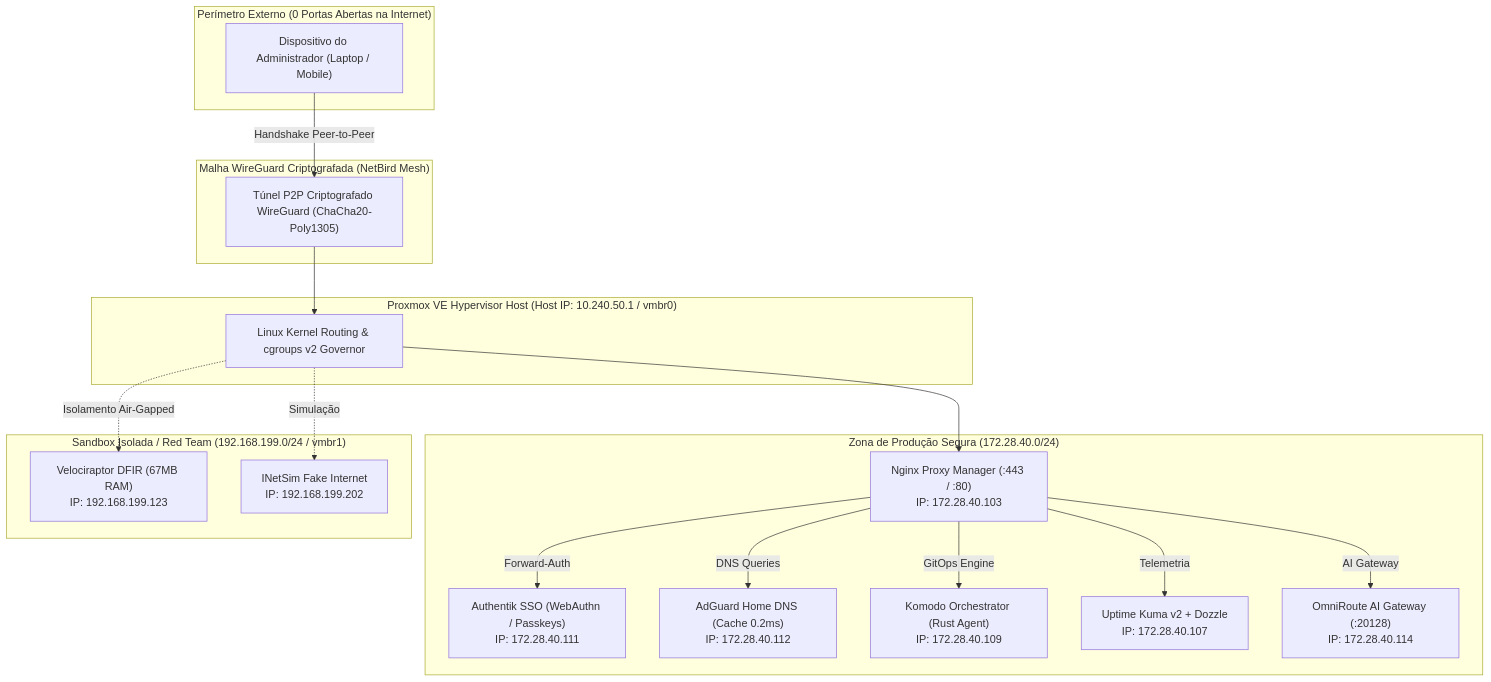
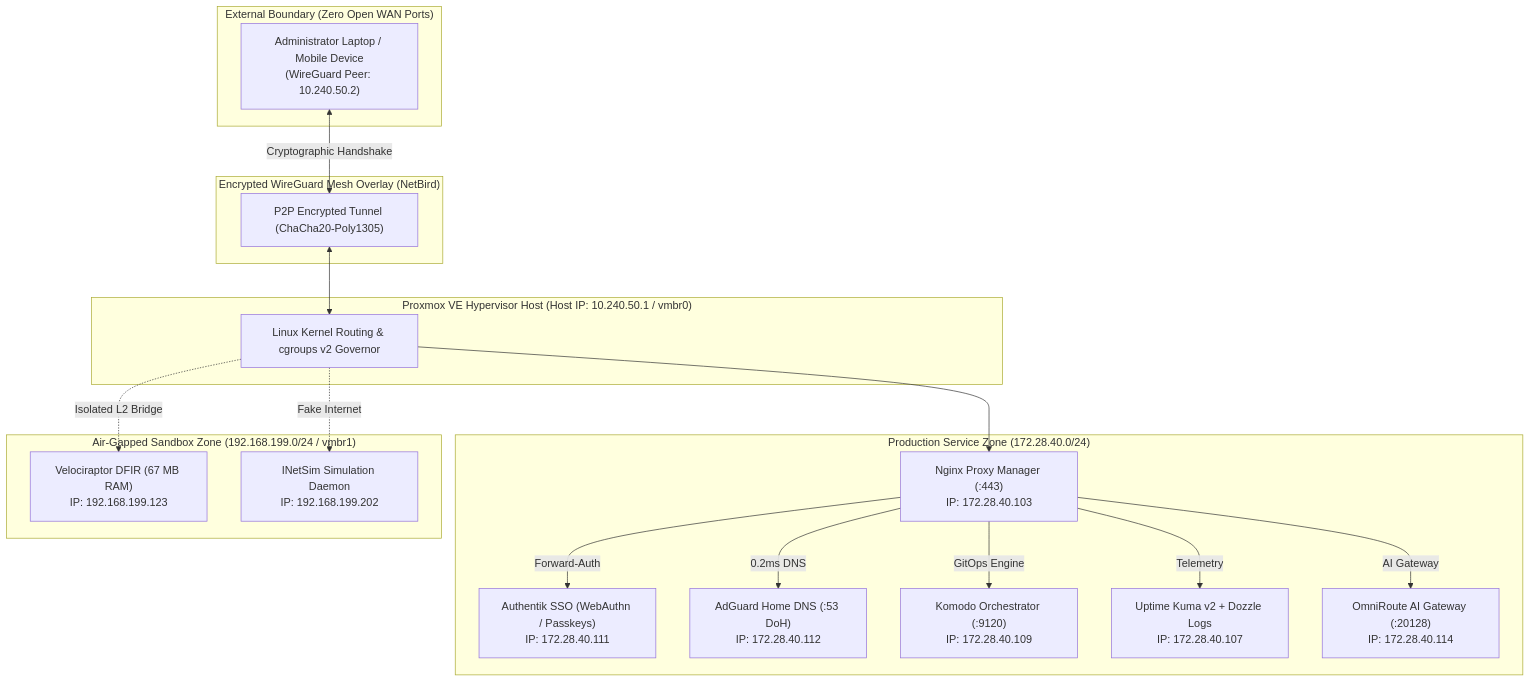
The diagram in README.md (Lessa-github/homelab-zero-trust-infra), drawn with Mermaid before and after one commit. The commit also changed other lines of this file and 4 other files, not shown here.

````diff
--- a/README.md
+++ b/README.md
@@ -27,29 +27,29 @@
 ```mermaid
 flowchart TD
-    subgraph WAN_EXT ["Perímetro Externo (0 Portas Abertas na Internet)"]
-        User["Dispositivo do Administrador (Laptop / Mobile)"]
+    subgraph EXTERNAL_WAN ["External Boundary (Zero Open WAN Ports)"]
+        AdminDevice["Administrator Laptop / Mobile Device<br>(WireGuard Peer: 10.240.50.2)"]
     end
 
-    subgraph NETBIRD_OVERLAY ["Malha WireGuard Criptografada (NetBird Mesh)"]
-        Tunnel["Túnel P2P Criptografado WireGuard (ChaCha20-Poly1305)"]
-        User -->|Handshake Peer-to-Peer| Tunnel
+    subgraph OVERLAY_MESH ["Encrypted WireGuard Mesh Overlay (NetBird)"]
+        Tunnel["P2P Encrypted Tunnel (ChaCha20-Poly1305)"]
+        AdminDevice <-->|Cryptographic Handshake| Tunnel
     end
 
-    subgraph PVE_HOST ["Proxmox VE Hypervisor Host (Host IP: 10.240.50.1 / vmbr0)"]
-        Tunnel --> HostKernel["Linux Kernel Routing & cgroups v2 Governor"]
+    subgraph HYPERVISOR_NODE ["Proxmox VE Hypervisor Host (Host IP: 10.240.50.1 / vmbr0)"]
+        Tunnel <--> HostKernel["Linux Kernel Routing & cgroups v2 Governor"]
     end
 
-    subgraph PROD_VLAN ["Zona de Produção Segura (172.28.40.0/24)"]
-        HostKernel --> NPM["Nginx Proxy Manager (:443 / :80)<br>IP: 172.28.40.103"]
+    subgraph PROD_VLAN ["Production Service Zone (172.28.40.0/24)"]
+        HostKernel --> NPM["Nginx Proxy Manager (:443)<br>IP: 172.28.40.103"]
         NPM -->|Forward-Auth| AUTH["Authentik SSO (WebAuthn / Passkeys)<br>IP: 172.28.40.111"]
-        NPM -->|DNS Queries| ADG["AdGuard Home DNS (Cache 0.2ms)<br>IP: 172.28.40.112"]
-        NPM -->|GitOps Engine| KOM["Komodo Orchestrator (Rust Agent)<br>IP: 172.28.40.109"]
-        NPM -->|Telemetria| KUMA["Uptime Kuma v2 + Dozzle<br>IP: 172.28.40.107"]
+        NPM -->|0.2ms DNS| ADG["AdGuard Home DNS (:53 DoH)<br>IP: 172.28.40.112"]
+        NPM -->|GitOps Engine| KOM["Komodo Orchestrator (:9120)<br>IP: 172.28.40.109"]
+        NPM -->|Telemetry| KUMA["Uptime Kuma v2 + Dozzle Logs<br>IP: 172.28.40.107"]
         NPM -->|AI Gateway| OMNI["OmniRoute AI Gateway (:20128)<br>IP: 172.28.40.114"]
     end
 
-    subgraph AIRGAP_SANDBOX ["Sandbox Isolada / Red Team (192.168.199.0/24 / vmbr1)"]
-        HostKernel -.->|Isolamento Air-Gapped| VELOC["Velociraptor DFIR (67MB RAM)<br>IP: 192.168.199.123"]
-        HostKernel -.->|Simulação| INET["INetSim Fake Internet<br>IP: 192.168.199.202"]
+    subgraph AIRGAPPED_VLAN ["Air-Gapped Sandbox Zone (192.168.199.0/24 / vmbr1)"]
+        HostKernel -.->|Isolated L2 Bridge| VELOC["Velociraptor DFIR (67 MB RAM)<br>IP: 192.168.199.123"]
+        HostKernel -.->|Fake Internet| INET["INetSim Simulation Daemon<br>IP: 192.168.199.202"]
     end
 ```
````
